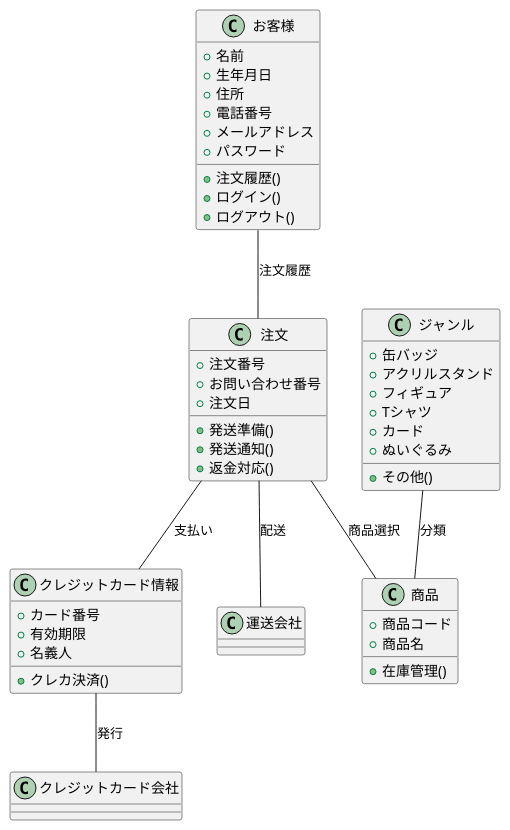
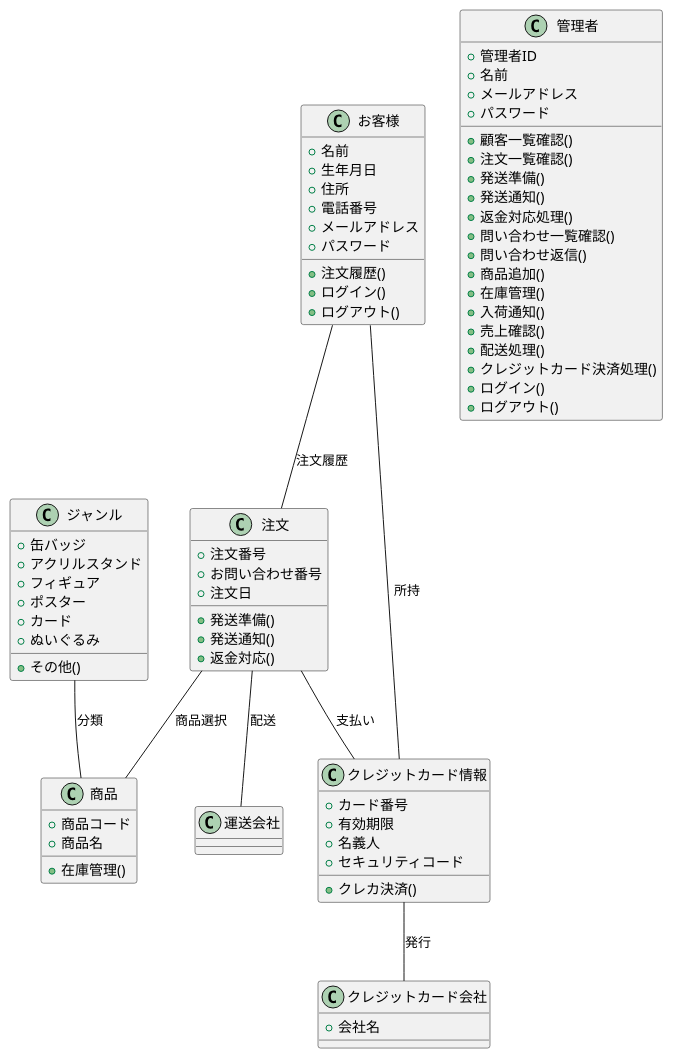
One commit to kTaiga1016/kouka changed the diagram in class.pu. Above: the diagram before and after it, drawn with PlantUML.

```diff
--- a/class.pu
+++ b/class.pu
@@ -1,62 +1,87 @@
 @startuml .BBショップ注文管理システム
 ' ドメインモデル
 
 class お客様 {
   +名前
   +生年月日
   +住所
   +電話番号
   +メールアドレス
   +パスワード
   +注文履歴()
   +ログイン()
   +ログアウト()
 }
 
 class 商品 {
   +商品コード
   +商品名
   +在庫管理()
 }
 
 class 注文 {
   +注文番号
   +お問い合わせ番号
   +注文日
   +発送準備()
   +発送通知()
   +返金対応()
 }
 
+class 管理者 {
+  +管理者ID
+  +名前
+  +メールアドレス
+  +パスワード
+  +顧客一覧確認()
+  +注文一覧確認()
+  +発送準備()
+  +発送通知()
+  +返金対応処理()
+  +問い合わせ一覧確認()
+  +問い合わせ返信()
+  +商品追加()
+  +在庫管理()
+  +入荷通知()
+  +売上確認()
+  +配送処理()
+  +クレジットカード決済処理()
+  +ログイン()
+  +ログアウト()
+}
+
 class ジャンル {
   +缶バッジ
   +アクリルスタンド
   +フィギュア
-  +Tシャツ
+  +ポスター
   +カード
   +ぬいぐるみ
   +その他()
 }
 
 class クレジットカード情報 {
   +カード番号
   +有効期限
   +名義人
+  +セキュリティコード
   +クレカ決済()
 }
 
 class 運送会社 {
 }
 
 class クレジットカード会社 {
+  +会社名
 }
 
 ' 関係
+お客様 -- クレジットカード情報 : 所持
 お客様 -- 注文 : 注文履歴
 注文 -- 商品 : 商品選択
 注文 -- クレジットカード情報 : 支払い
 注文 -- 運送会社 : 配送
 クレジットカード情報 -- クレジットカード会社 : 発行
 ジャンル -- 商品 : 分類
 
 @enduml
```
